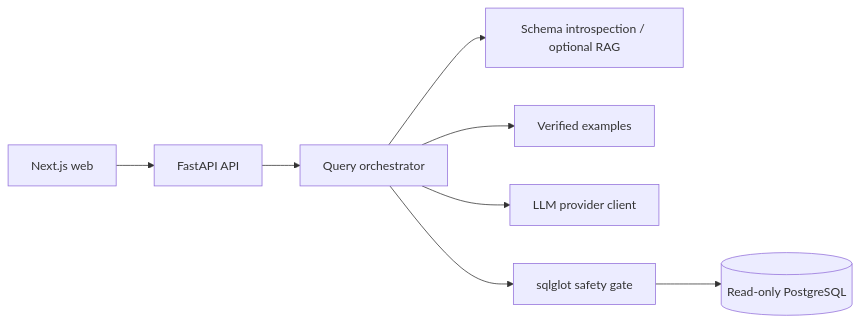
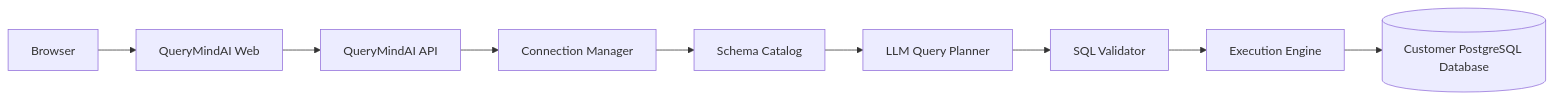
One commit to gopalmani/QueryMindAI changed the first of 2 diagrams in README.md. Above: the diagram before and after it, drawn with Mermaid. The commit also changed other lines of this file and 57 other files, not shown here.

````diff
--- a/README.md
+++ b/README.md
@@ -25,10 +25,7 @@
 ```mermaid
 flowchart LR
-  U[Next.js web] --> A[FastAPI API]
-  A --> P[Query orchestrator]
-  P --> S[Schema introspection / optional RAG]
-  P --> V[Verified examples]
-  P --> L[LLM provider client]
-  P --> G[sqlglot safety gate]
-  G --> D[(Read-only PostgreSQL)]
+  B[Browser] --> W[QueryMindAI Web] --> A[QueryMindAI API]
+  A --> C[Connection Manager] --> S[Schema Catalog]
+  S --> L[LLM Query Planner] --> V[SQL Validator]
+  V --> E[Execution Engine] --> D[(Customer PostgreSQL Database)]
 ```
````
